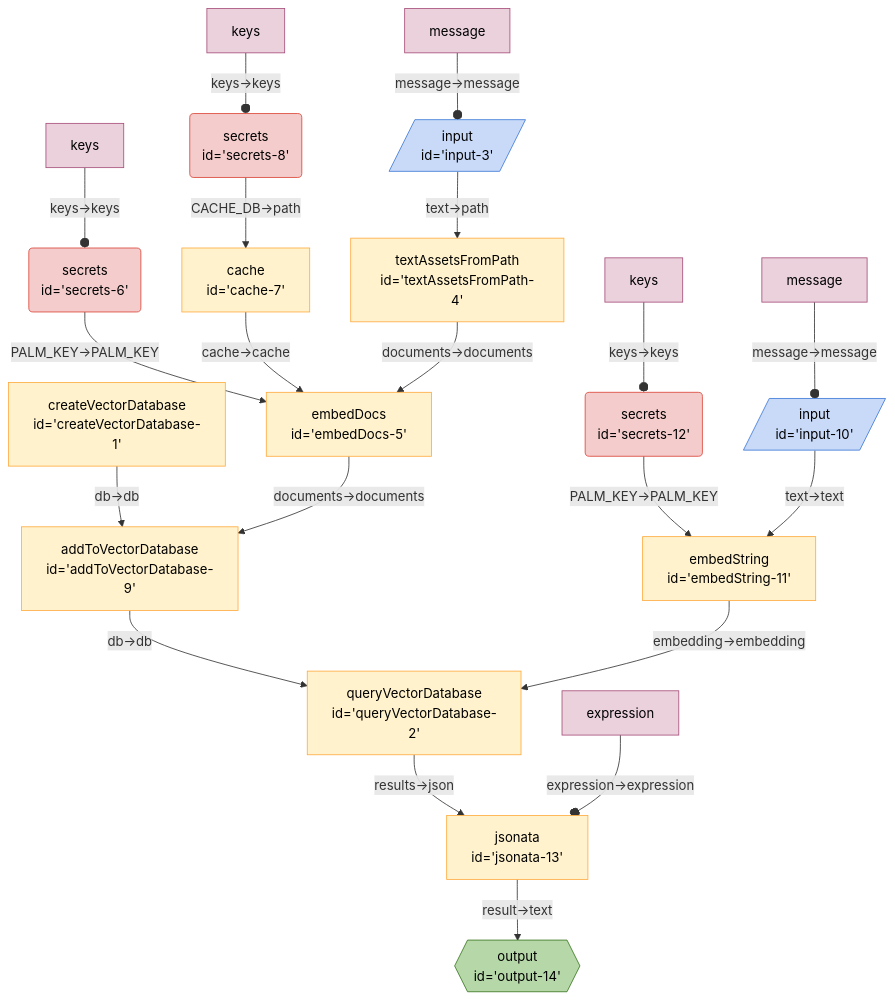
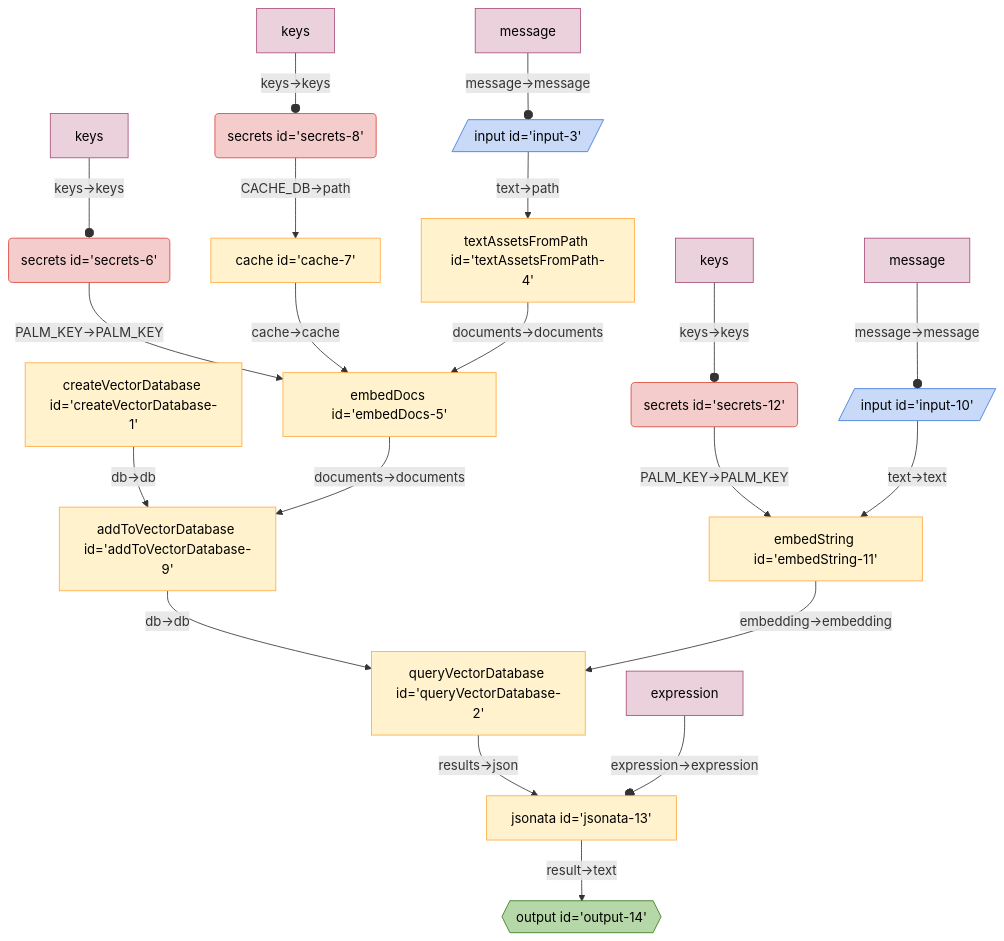
The diagram in seeds/graph-playground/docs/graphs/find-file-by-similarity.md (breadboard-ai/breadboard), drawn with Mermaid before and after one commit. The commit also changed 17 other files, not shown here.

Commit message:
nit: remove extranous line break in mermaid sources

````diff
--- a/seeds/graph-playground/docs/graphs/find-file-by-similarity.md
+++ b/seeds/graph-playground/docs/graphs/find-file-by-similarity.md
@@ -5,57 +5,31 @@
   ```mermaid
   %%{init: 'themeVariables': { 'fontFamily': 'Fira Code, monospace' }}%%
 graph TD;
-secrets6("secrets
-id='secrets-6'"):::secrets -- "PALM_KEY->PALM_KEY" --> embedDocs5["embedDocs
-id='embedDocs-5'"]
-secrets8("secrets
-id='secrets-8'"):::secrets -- "CACHE_DB->path" --> cache7["cache
-id='cache-7'"]
-cache7["cache
-id='cache-7'"] -- "cache->cache" --> embedDocs5["embedDocs
-id='embedDocs-5'"]
-createVectorDatabase1["createVectorDatabase
-id='createVectorDatabase-1'"] -- "db->db" --> addToVectorDatabase9["addToVectorDatabase
-id='addToVectorDatabase-9'"]
-addToVectorDatabase9["addToVectorDatabase
-id='addToVectorDatabase-9'"] -- "db->db" --> queryVectorDatabase2["queryVectorDatabase
-id='queryVectorDatabase-2'"]
-embedDocs5["embedDocs
-id='embedDocs-5'"] -- "documents->documents" --> addToVectorDatabase9["addToVectorDatabase
-id='addToVectorDatabase-9'"]
-textAssetsFromPath4["textAssetsFromPath
-id='textAssetsFromPath-4'"] -- "documents->documents" --> embedDocs5["embedDocs
-id='embedDocs-5'"]
-input3[/"input
-id='input-3'"/]:::input -- "text->path" --> textAssetsFromPath4["textAssetsFromPath
-id='textAssetsFromPath-4'"]
-secrets12("secrets
-id='secrets-12'"):::secrets -- "PALM_KEY->PALM_KEY" --> embedString11["embedString
-id='embedString-11'"]
-jsonata13["jsonata
-id='jsonata-13'"] -- "result->text" --> output14{{"output
-id='output-14'"}}:::output
-queryVectorDatabase2["queryVectorDatabase
-id='queryVectorDatabase-2'"] -- "results->json" --> jsonata13["jsonata
-id='jsonata-13'"]
-embedString11["embedString
-id='embedString-11'"] -- "embedding->embedding" --> queryVectorDatabase2["queryVectorDatabase
-id='queryVectorDatabase-2'"]
-input10[/"input
-id='input-10'"/]:::input -- "text->text" --> embedString11["embedString
-id='embedString-11'"]
+secrets6("secrets id='secrets-6'"):::secrets -- "PALM_KEY->PALM_KEY" --> embedDocs5["embedDocs id='embedDocs-5'"]
+secrets8("secrets id='secrets-8'"):::secrets -- "CACHE_DB->path" --> cache7["cache id='cache-7'"]
+cache7["cache id='cache-7'"] -- "cache->cache" --> embedDocs5["embedDocs id='embedDocs-5'"]
+createVectorDatabase1["createVectorDatabase id='createVectorDatabase-1'"] -- "db->db" --> addToVectorDatabase9["addToVectorDatabase id='addToVectorDatabase-9'"]
+addToVectorDatabase9["addToVectorDatabase id='addToVectorDatabase-9'"] -- "db->db" --> queryVectorDatabase2["queryVectorDatabase id='queryVectorDatabase-2'"]
+embedDocs5["embedDocs id='embedDocs-5'"] -- "documents->documents" --> addToVectorDatabase9["addToVectorDatabase id='addToVectorDatabase-9'"]
+textAssetsFromPath4["textAssetsFromPath id='textAssetsFromPath-4'"] -- "documents->documents" --> embedDocs5["embedDocs id='embedDocs-5'"]
+input3[/"input id='input-3'"/]:::input -- "text->path" --> textAssetsFromPath4["textAssetsFromPath id='textAssetsFromPath-4'"]
+secrets12("secrets id='secrets-12'"):::secrets -- "PALM_KEY->PALM_KEY" --> embedString11["embedString id='embedString-11'"]
+jsonata13["jsonata id='jsonata-13'"] -- "result->text" --> output14{{"output id='output-14'"}}:::output
+queryVectorDatabase2["queryVectorDatabase id='queryVectorDatabase-2'"] -- "results->json" --> jsonata13["jsonata id='jsonata-13'"]
+embedString11["embedString id='embedString-11'"] -- "embedding->embedding" --> queryVectorDatabase2["queryVectorDatabase id='queryVectorDatabase-2'"]
+input10[/"input id='input-10'"/]:::input -- "text->text" --> embedString11["embedString id='embedString-11'"]
 messageinput3[message]:::config -- "message->message" --o input3
 keyssecrets6[keys]:::config -- "keys->keys" --o secrets6
 keyssecrets8[keys]:::config -- "keys->keys" --o secrets8
 messageinput10[message]:::config -- "message->message" --o input10
 keyssecrets12[keys]:::config -- "keys->keys" --o secrets12
 expressionjsonata13[expression]:::config -- "expression->expression" --o jsonata13
 classDef default stroke:#ffab40,fill:#fff2ccff,color:#000
 classDef input stroke:#3c78d8,fill:#c9daf8ff,color:#000
 classDef output stroke:#38761d,fill:#b6d7a8ff,color:#000
 classDef passthrough stroke:#a64d79,fill:#ead1dcff,color:#000
 classDef slot stroke:#a64d79,fill:#ead1dcff,color:#000
 classDef config stroke:#a64d79,fill:#ead1dcff,color:#000
 classDef secrets stroke:#db4437,fill:#f4cccc,color:#000
 classDef slotted stroke:#a64d79
   ```
````
